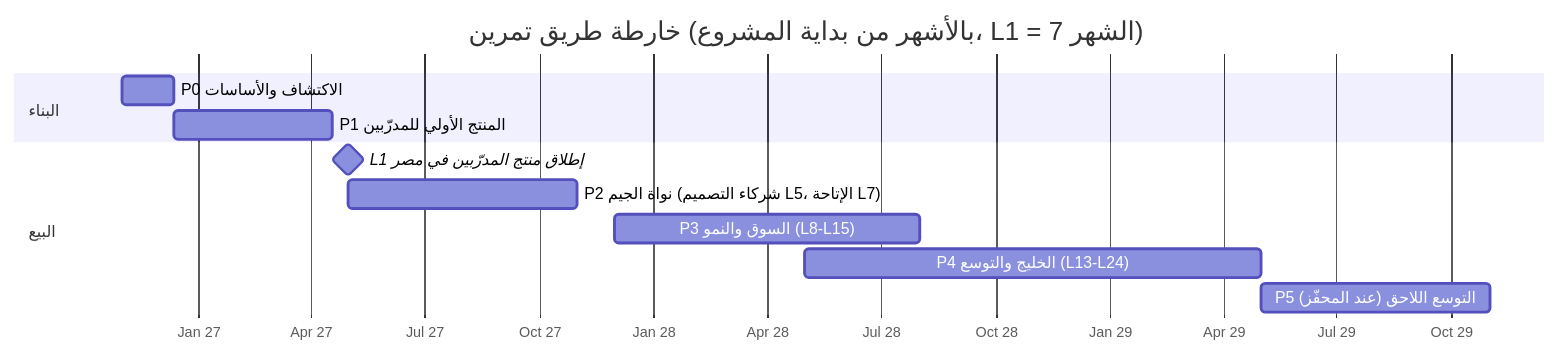
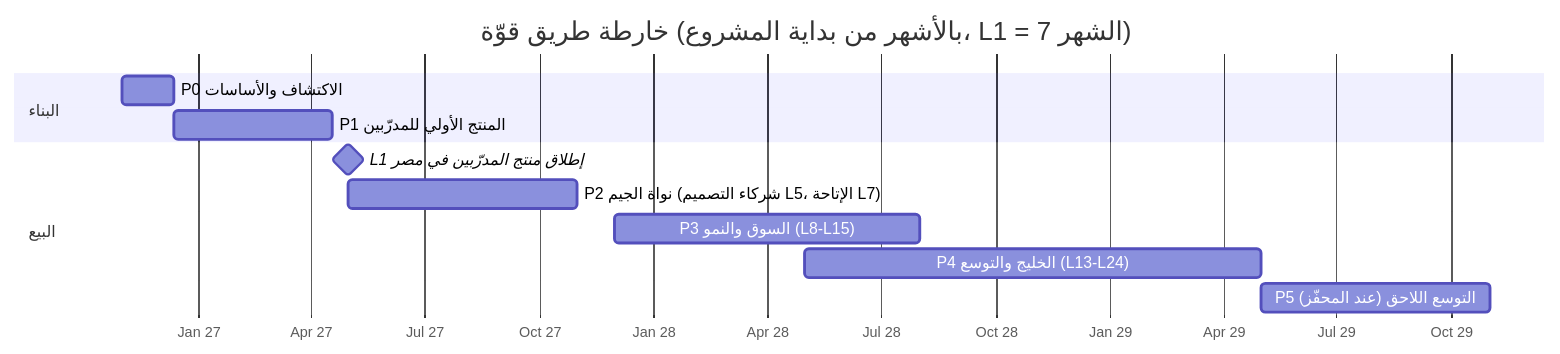
One commit to abdo-shrief270/muhasebi-egypt changed the tenth of 10 diagrams in docs/fitness-platform/PRODUCT_BUSINESS_BLUEPRINT.ar.md. Above: the diagram before and after it, drawn with Mermaid. The commit also changed other lines of this file and 31 other files, not shown here.

````diff
--- a/docs/fitness-platform/PRODUCT_BUSINESS_BLUEPRINT.ar.md
+++ b/docs/fitness-platform/PRODUCT_BUSINESS_BLUEPRINT.ar.md
@@ -1078,15 +1078,15 @@
 ```mermaid
 gantt
-    title خارطة طريق تمرين (بالأشهر من بداية المشروع، L1 = الشهر 7)
+    title خارطة طريق قوّة (بالأشهر من بداية المشروع، L1 = الشهر 7)
     dateFormat  YYYY-MM
     axisFormat  %b %y
     section البناء
     P0 الاكتشاف والأساسات        :p0, 2026-11, 6w
     P1 المنتج الأولي للمدرّبين :p1, after p0, 18w
     section البيع
     L1 إطلاق منتج المدرّبين في مصر      :milestone, m1, 2027-05, 0d
     P2 نواة الجيم (شركاء التصميم L5، الإتاحة L7) :p2, 2027-05, 6M
     P3 السوق والنمو (L8-L15) :p3, 2027-12, 8M
     P4 الخليج والتوسع (L13-L24)         :p4, 2028-05, 12M
     P5 التوسع اللاحق (عند المحفّز)        :p5, 2029-05, 6M
 ```
````
